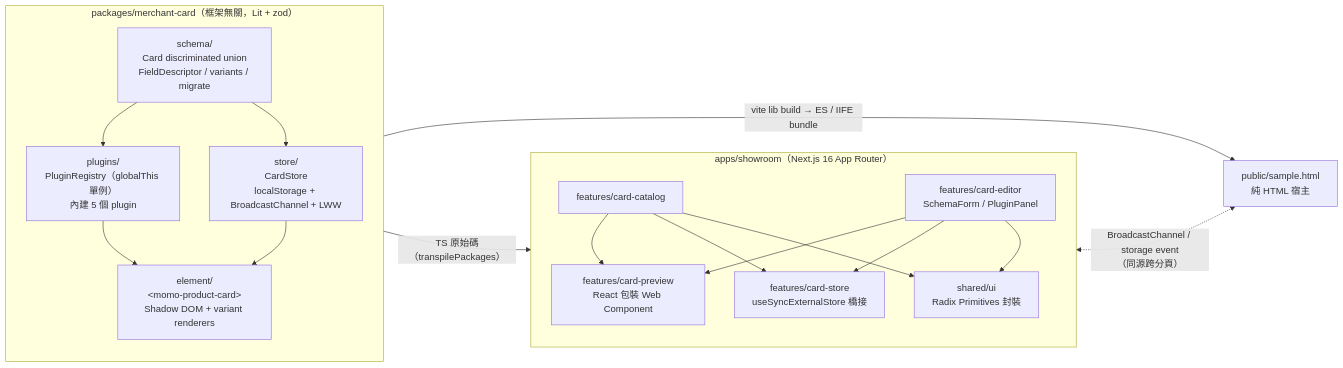
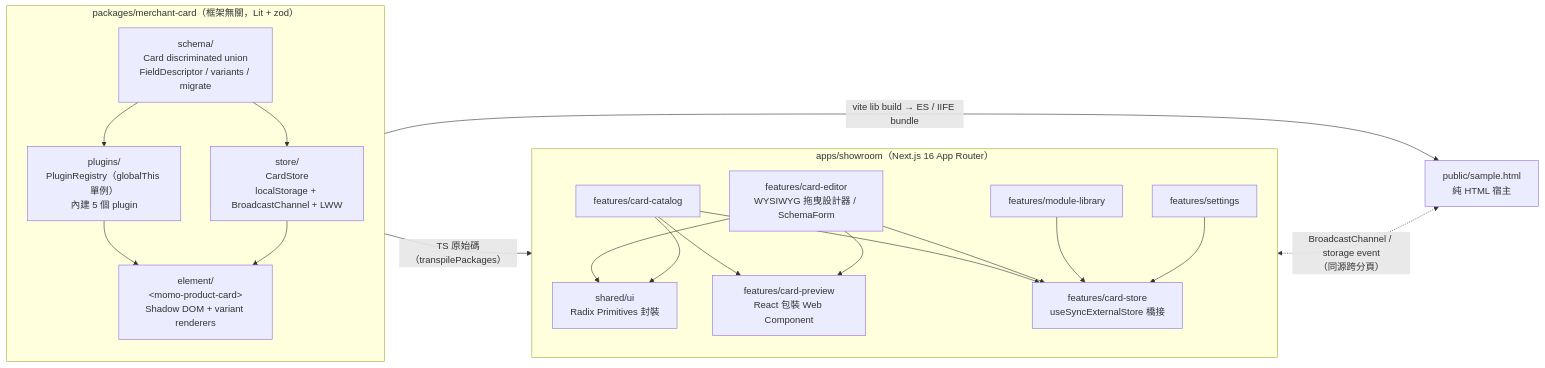
One commit to lincentHuang/momo-interview changed the diagram in README.md. Above: the diagram before and after it, drawn with Mermaid. The commit also changed other lines of this file and 2 other files, not shown here.

Commit message:
docs: README 架構更新、PRD 決策紀錄（sidebar 版面、WYSIWYG placements）、Progress

````diff
--- a/README.md
+++ b/README.md
@@ -50,28 +50,31 @@
 ```mermaid
 flowchart LR
   subgraph pkg["packages/merchant-card（框架無關，Lit + zod）"]
     schema["schema/<br/>Card discriminated union<br/>FieldDescriptor / variants / migrate"]
     plugins["plugins/<br/>PluginRegistry（globalThis 單例）<br/>內建 5 個 plugin"]
     store["store/<br/>CardStore<br/>localStorage + BroadcastChannel + LWW"]
     element["element/<br/>&lt;momo-product-card&gt;<br/>Shadow DOM + variant renderers"]
     schema --> plugins --> element
     schema --> store --> element
   end
 
   subgraph app["apps/showroom（Next.js 16 App Router）"]
     shared["shared/ui<br/>Radix Primitives 封裝"]
     fstore["features/card-store<br/>useSyncExternalStore 橋接"]
     preview["features/card-preview<br/>React 包裝 Web Component"]
     catalog["features/card-catalog"]
-    editor["features/card-editor<br/>SchemaForm / PluginPanel"]
+    editor["features/card-editor<br/>WYSIWYG 拖曳設計器 / SchemaForm"]
+    library["features/module-library"]
+    settings["features/settings"]
     catalog --> preview & fstore
     editor --> preview & fstore & shared
+    library & settings --> fstore
     catalog --> shared
   end
 
   sample["public/sample.html<br/>純 HTML 宿主"]
 
   pkg -- "TS 原始碼（transpilePackages）" --> app
   pkg -- "vite lib build → ES / IIFE bundle" --> sample
   app <-. "BroadcastChannel / storage event<br/>（同源跨分頁）" .-> sample
 ```
````
